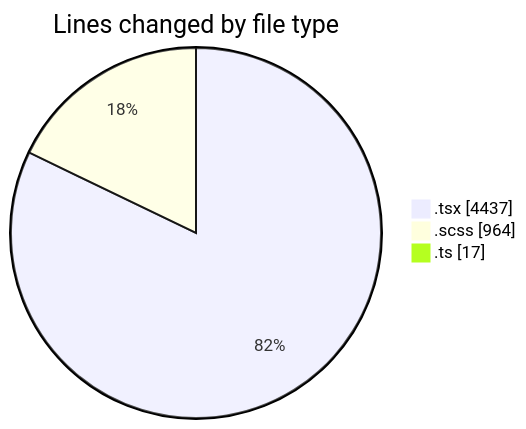
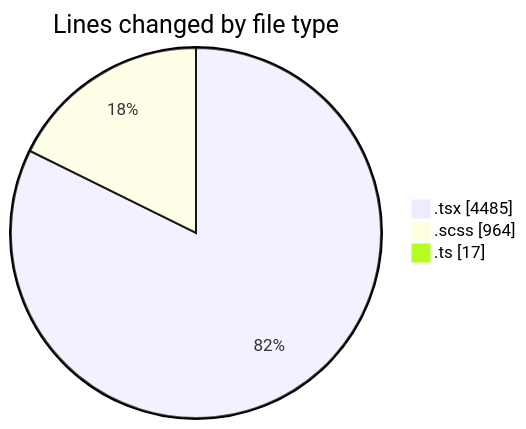
The first of 2 diagrams in 2025-09-19/cda/README.md (momahboobian/code-tracking), drawn with Mermaid before and after one commit. The commit also changed other lines of this file and 1 other file, not shown here.

````diff
--- a/2025-09-19/cda/README.md
+++ b/2025-09-19/cda/README.md
@@ -26,7 +26,7 @@
 ```mermaid
 pie showData
 title Lines changed by file type
-".tsx" : 4437
+".tsx" : 4485
 ".scss" : 964
 ".ts" : 17
 ```
````
